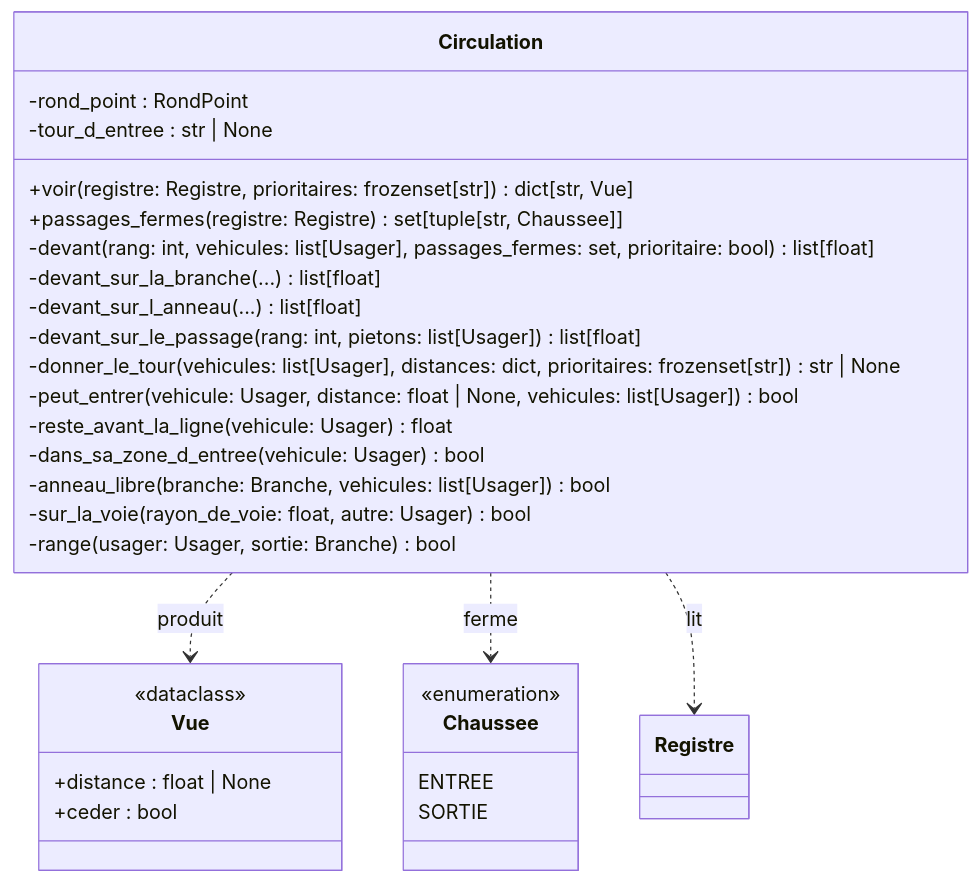
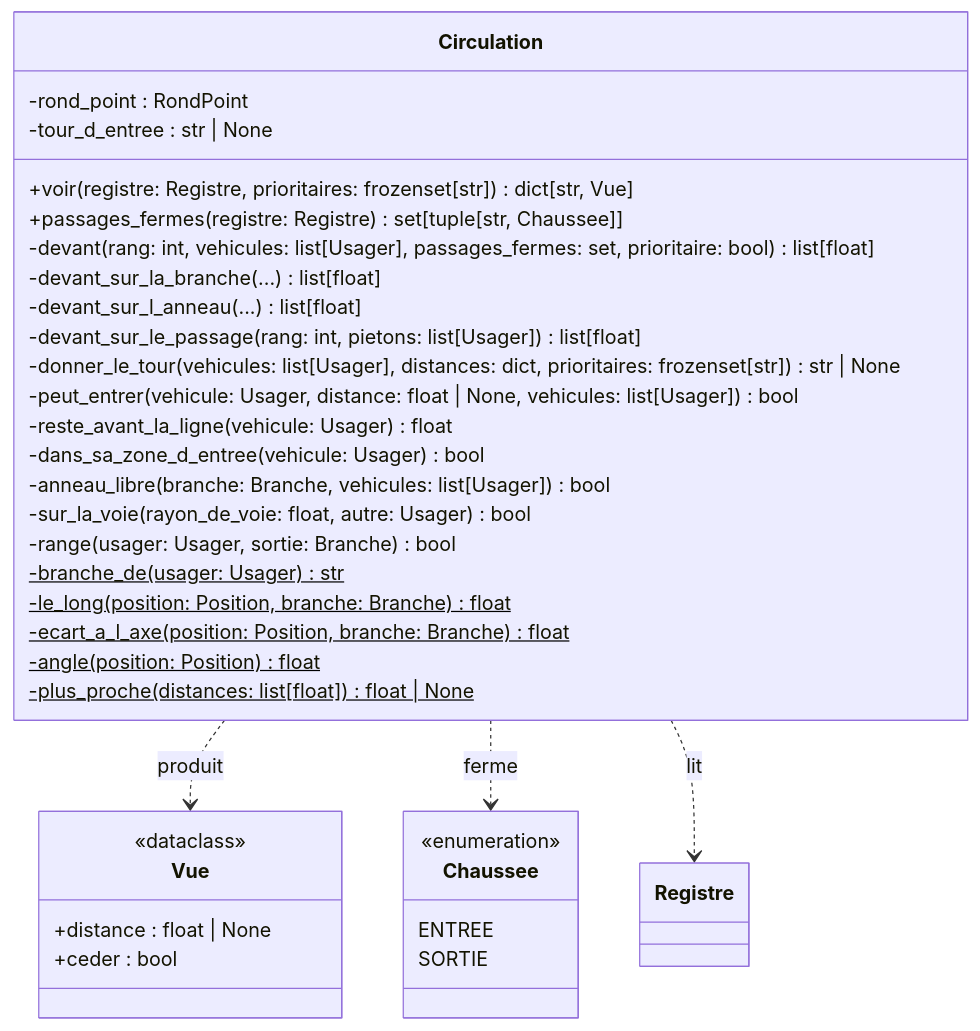
One commit to vRayzix/SAE3.02_Developper-une-application-communicante changed the eighth of 12 diagrams in docs/uml.md. Above: the diagram before and after it, drawn with Mermaid. The commit also changed other lines of this file and 1 other file, not shown here.

First line of the commit message:
docs(uml): diagramme final, membres et dépendances repris du code

````diff
--- a/docs/uml.md
+++ b/docs/uml.md
@@ -585,36 +604,41 @@
 ```mermaid
 classDiagram
     class Vue {
         <<dataclass>>
         +distance : float | None
         +ceder : bool
     }
 
     class Chaussee {
         <<enumeration>>
         ENTREE
         SORTIE
     }
 
     class Circulation {
         -rond_point : RondPoint
         -tour_d_entree : str | None
         +voir(registre: Registre, prioritaires: frozenset[str]) dict[str, Vue]
         +passages_fermes(registre: Registre) set[tuple[str, Chaussee]]
         -devant(rang: int, vehicules: list[Usager], passages_fermes: set, prioritaire: bool) list[float]
         -devant_sur_la_branche(...) list[float]
         -devant_sur_l_anneau(...) list[float]
         -devant_sur_le_passage(rang: int, pietons: list[Usager]) list[float]
         -donner_le_tour(vehicules: list[Usager], distances: dict, prioritaires: frozenset[str]) str | None
         -peut_entrer(vehicule: Usager, distance: float | None, vehicules: list[Usager]) bool
         -reste_avant_la_ligne(vehicule: Usager) float
         -dans_sa_zone_d_entree(vehicule: Usager) bool
         -anneau_libre(branche: Branche, vehicules: list[Usager]) bool
         -sur_la_voie(rayon_de_voie: float, autre: Usager) bool
         -range(usager: Usager, sortie: Branche) bool
+        -branche_de(usager: Usager) str$
+        -le_long(position: Position, branche: Branche) float$
+        -ecart_a_l_axe(position: Position, branche: Branche) float$
+        -angle(position: Position) float$
+        -plus_proche(distances: list[float]) float | None$
     }
 
     Circulation ..> Vue : produit
     Circulation ..> Chaussee : ferme
     Circulation ..> Registre : lit
 ```
````
